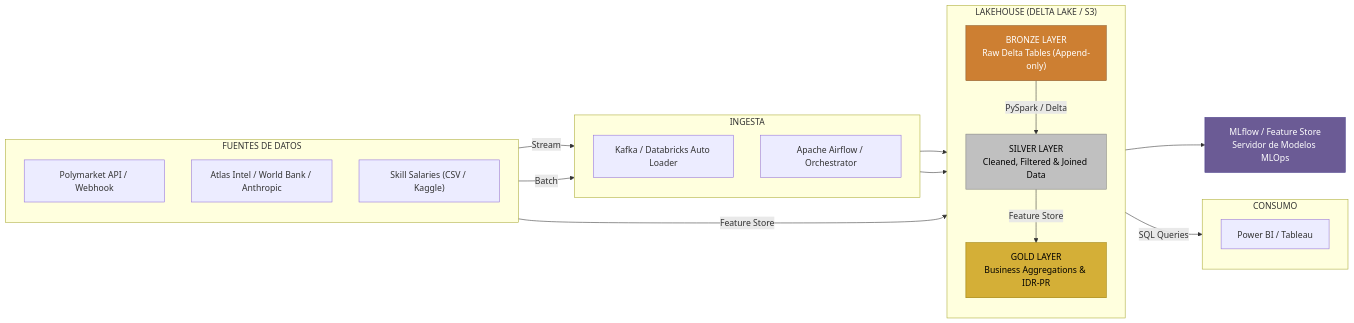
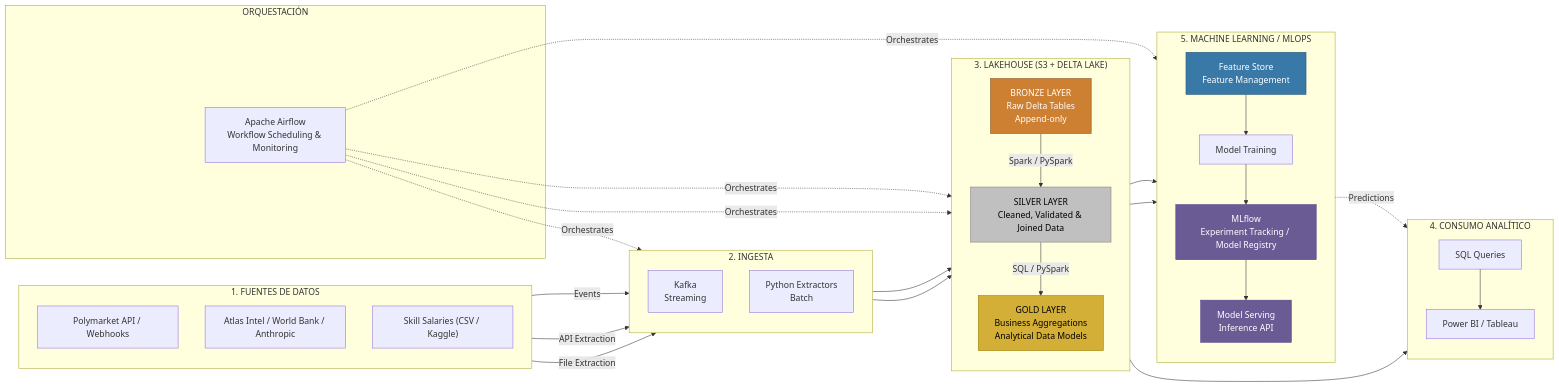
The first of 2 diagrams in tp-final/README.md (santysj/GVD-ITBA-2026), drawn with Mermaid before and after one commit. The commit also changed other lines of this file, not shown here.

````diff
--- a/tp-final/README.md
+++ b/tp-final/README.md
@@ -88,46 +88,75 @@
 ```mermaid
 flowchart LR
-    subgraph FUENTES["FUENTES DE DATOS"]
+
+    subgraph FUENTES["1. FUENTES DE DATOS"]
         direction TB
-        P["Polymarket API / Webhook"]
+        P["Polymarket API / Webhooks"]
         A["Atlas Intel / World Bank / Anthropic"]
         S["Skill Salaries (CSV / Kaggle)"]
     end
 
-    subgraph INGESTA["INGESTA"]
+    subgraph INGESTA["2. INGESTA"]
         direction TB
-        K["Kafka / Databricks Auto Loader"]
-        AF["Apache Airflow / Orchestrator"]
+        K["Kafka<br/>Streaming"]
+        E["Python Extractors<br/>Batch"]
     end
 
-    subgraph LAKE["LAKEHOUSE (DELTA LAKE / S3)"]
+    subgraph LAKE["3. LAKEHOUSE (S3 + DELTA LAKE)"]
         direction TB
-        B["BRONZE LAYER<br/>Raw Delta Tables (Append-only)"]
-        SI["SILVER LAYER<br/>Cleaned, Filtered & Joined Data"]
-        G["GOLD LAYER<br/>Business Aggregations & IDR-PR"]
+        B["BRONZE LAYER<br/>Raw Delta Tables<br/>Append-only"]
+        SI["SILVER LAYER<br/>Cleaned, Validated & Joined Data"]
+        G["GOLD LAYER<br/>Business Aggregations<br/>Analytical Data Models"]
 
-        B -->|"PySpark / Delta"| SI
-        SI -->|"Feature Store"| G
+        B -->|"Spark / PySpark"| SI
+        SI -->|"SQL / PySpark"| G
     end
 
-    subgraph CONSUMO["CONSUMO"]
+    subgraph BI["4. CONSUMO ANALÍTICO"]
         direction TB
-        BI["Power BI / Tableau"]
+        SQL["SQL Queries"]
+        POWER["Power BI / Tableau"]
+        SQL --> POWER
     end
 
-    P -->|"Stream"| K
-    A -->|"Batch"| AF
-    S -->|"Feature Store"| SI
+    subgraph MLOPS["5. MACHINE LEARNING / MLOPS"]
+        direction TB
+        FS["Feature Store<br/>Feature Management"]
+        TRAIN["Model Training"]
+        MLF["MLflow<br/>Experiment Tracking / Model Registry"]
+        SERVE["Model Serving<br/>Inference API"]
+
+        FS --> TRAIN
+        TRAIN --> MLF
+        MLF --> SERVE
+    end
+
+    subgraph ORQ["ORQUESTACIÓN"]
+        AF["Apache Airflow<br/>Workflow Scheduling & Monitoring"]
+    end
+
+    P -->|"Events"| K
+    A -->|"API Extraction"| E
+    S -->|"File Extraction"| E
 
     K --> B
-    AF --> SI
+    E --> B
 
-    G -->|"SQL Queries"| BI
+    G --> SQL
 
-    G --> M["MLflow / Feature Store<br/>Servidor de Modelos MLOps"]
+    SI --> FS
+    G --> FS
+
+    SERVE -.->|"Predictions"| POWER
+
+    AF -.->|"Orchestrates"| E
+    AF -.->|"Orchestrates"| SI
+    AF -.->|"Orchestrates"| G
+    AF -.->|"Orchestrates"| TRAIN
 
     style B fill:#cd7f32,color:#fff,stroke:#8b5a2b
     style SI fill:#c0c0c0,color:#000,stroke:#808080
     style G fill:#d4af37,color:#000,stroke:#997a00
-    style M fill:#6b5b95,color:#fff,stroke:#483d8b
+    style FS fill:#3979a8,color:#fff,stroke:#245477
+    style MLF fill:#6b5b95,color:#fff,stroke:#483d8b
+    style SERVE fill:#6b5b95,color:#fff,stroke:#483d8b
 ```
````
